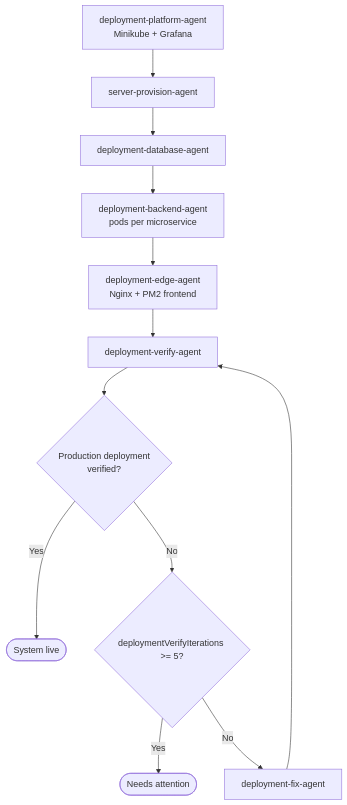
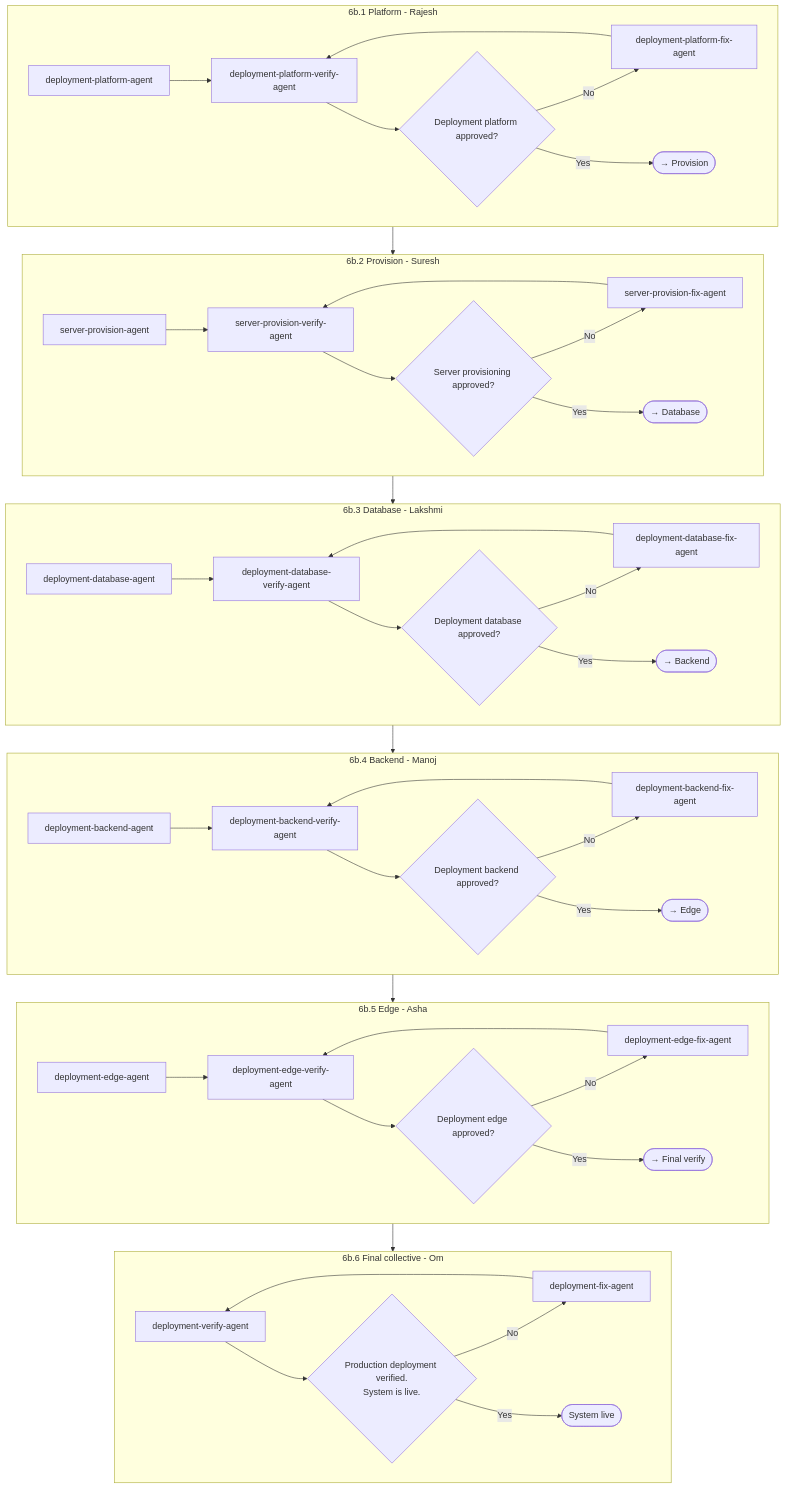
One commit to priyam-qo-box/agents changed diagram 14 of 19 in .cursor/agents/ARCHITECTURE.md. Above: the diagram before and after it, drawn with Mermaid. The commit also changed other lines of this file and 16 other files, not shown here.

````diff
--- a/.cursor/agents/ARCHITECTURE.md
+++ b/.cursor/agents/ARCHITECTURE.md
@@ -596,13 +690,45 @@
 ```mermaid
 flowchart TB
-    R[deployment-platform-agent<br/>Minikube + Grafana] --> S[server-provision-agent]
-    S --> L[deployment-database-agent]
-    L --> M[deployment-backend-agent<br/>pods per microservice]
-    M --> A[deployment-edge-agent<br/>Nginx + PM2 frontend]
-    A --> V[deployment-verify-agent]
-    V --> OK{"Production deployment<br/>verified?"}
-    OK -->|Yes| Live([System live])
-    OK -->|No| Cap{deploymentVerifyIterations >= 5?}
-    Cap -->|Yes| Stop([Needs attention])
-    Cap -->|No| F[deployment-fix-agent] --> V
+    subgraph L1 [6b.1 Platform - Rajesh]
+        direction LR
+        G1[deployment-platform-agent] --> V1[deployment-platform-verify-agent]
+        V1 --> C1{"Deployment platform approved?"}
+        C1 -->|No| F1[deployment-platform-fix-agent] --> V1
+        C1 -->|Yes| Next1([→ Provision])
+    end
+    subgraph L2 [6b.2 Provision - Suresh]
+        direction LR
+        G2[server-provision-agent] --> V2[server-provision-verify-agent]
+        V2 --> C2{"Server provisioning approved?"}
+        C2 -->|No| F2[server-provision-fix-agent] --> V2
+        C2 -->|Yes| Next2([→ Database])
+    end
+    subgraph L3 [6b.3 Database - Lakshmi]
+        direction LR
+        G3[deployment-database-agent] --> V3[deployment-database-verify-agent]
+        V3 --> C3{"Deployment database approved?"}
+        C3 -->|No| F3[deployment-database-fix-agent] --> V3
+        C3 -->|Yes| Next3([→ Backend])
+    end
+    subgraph L4 [6b.4 Backend - Manoj]
+        direction LR
+        G4[deployment-backend-agent] --> V4[deployment-backend-verify-agent]
+        V4 --> C4{"Deployment backend approved?"}
+        C4 -->|No| F4[deployment-backend-fix-agent] --> V4
+        C4 -->|Yes| Next4([→ Edge])
+    end
+    subgraph L5 [6b.5 Edge - Asha]
+        direction LR
+        G5[deployment-edge-agent] --> V5[deployment-edge-verify-agent]
+        V5 --> C5{"Deployment edge approved?"}
+        C5 -->|No| F5[deployment-edge-fix-agent] --> V5
+        C5 -->|Yes| Next5([→ Final verify])
+    end
+    subgraph L6 [6b.6 Final collective - Om]
+        direction LR
+        V6[deployment-verify-agent] --> C6{"Production deployment verified.<br/>System is live."}
+        C6 -->|No| F6[deployment-fix-agent] --> V6
+        C6 -->|Yes| Live([System live])
+    end
+    L1 --> L2 --> L3 --> L4 --> L5 --> L6
 ```
````
